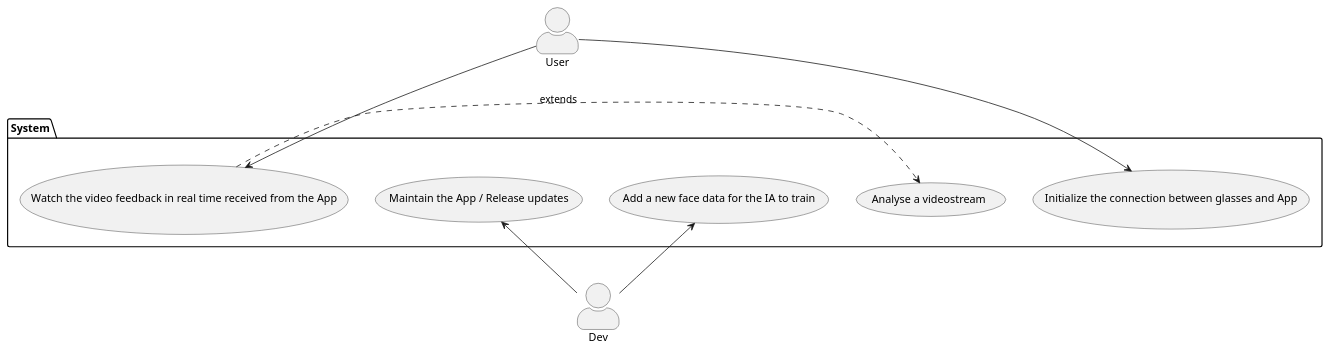
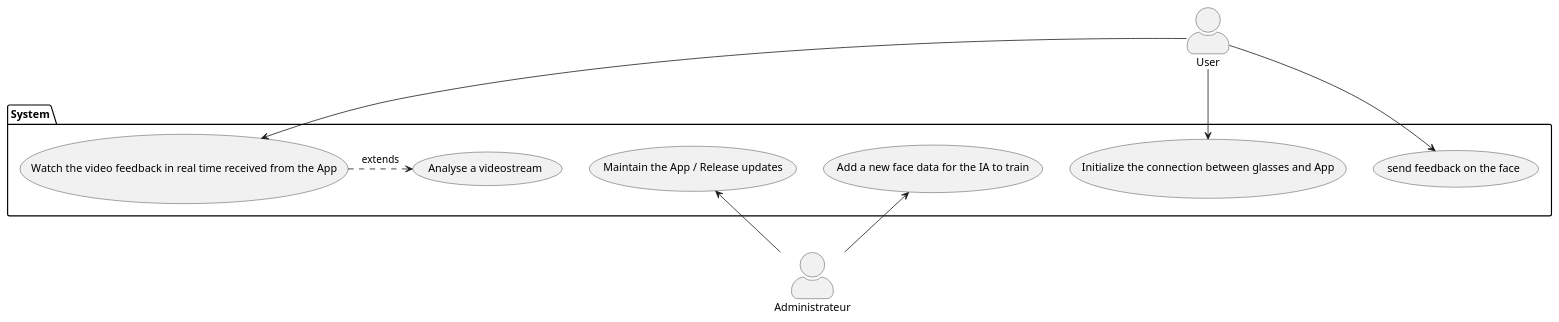
Before and after one commit to MariusLD/PROJET-ESIR2: the diagram in sprint0/usecase_diagram.wsd, drawn with PlantUML. The commit also changed 1 other file, not shown here.

Commit message:
adding the anayse video sequence diagram and updating the usecase diagram

```diff
--- a/sprint0/usecase_diagram.wsd
+++ b/sprint0/usecase_diagram.wsd
@@ -1,24 +1,22 @@
 @startuml
 skinparam actorStyle awesome
-actor Dev as D
+actor Administrateur as D
 actor User as U
 
 package System as A {
 usecase "Add a new face data for the IA to train" as UC1
 usecase "Initialize the connection between glasses and App" as UC2
 usecase "Watch the video feedback in real time received from the App" as UC3
+usecase "Maintain the App / Release updates" as UC5
 usecase "Analyse a videostream" as UC6
-usecase "Maintain the App / Release updates" as UC5
+usecase "send feedback on the face" as UC7
 (UC3) .> (UC6) : extends
-
 }
-
-
-
 
 U -down-> UC2
 U -down-> UC3
+U -down-> UC7
 D -up-> UC1
 D -up-> UC5
 
 @enduml
```
